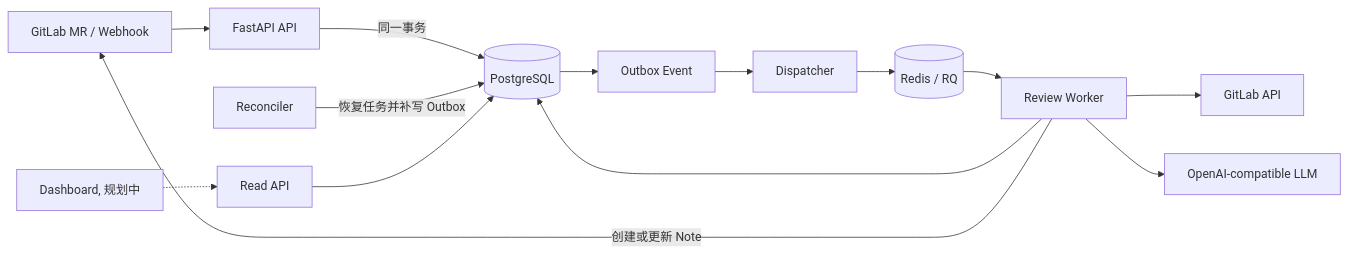
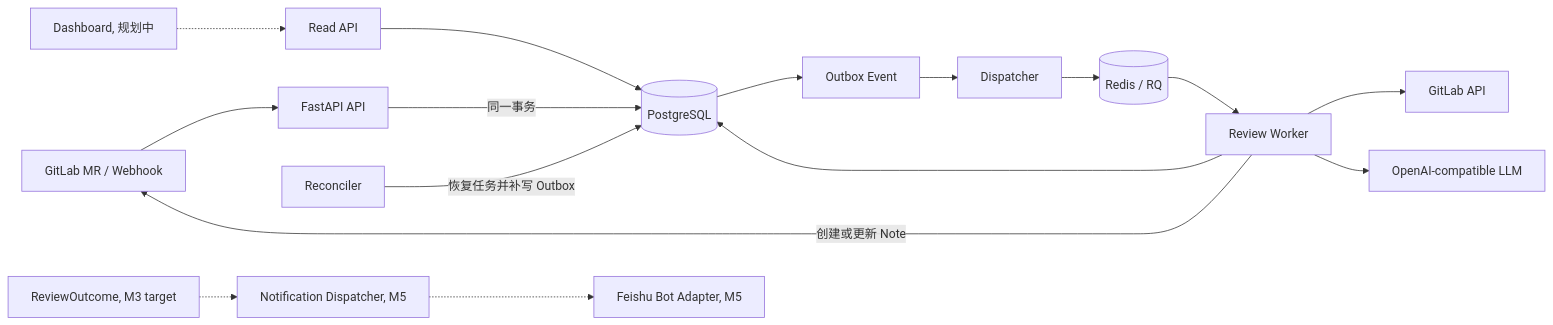
Before and after one commit to hzc19970630/ai-code-review: the first of 2 diagrams in mr-review-platform-design/MASTER_PLAN.md, drawn with Mermaid. The commit also changed other lines of this file and 19 other files, not shown here.

````diff
--- a/mr-review-platform-design/MASTER_PLAN.md
+++ b/mr-review-platform-design/MASTER_PLAN.md
@@ -87,16 +87,18 @@
 ```mermaid
 flowchart LR
     GitLab["GitLab MR / Webhook"] --> API["FastAPI API"]
     API -->|"同一事务"| PG[("PostgreSQL")]
     PG --> Outbox["Outbox Event"]
     Outbox --> Dispatcher["Dispatcher"]
     Dispatcher --> Redis[("Redis / RQ")]
     Redis --> Worker["Review Worker"]
     Worker --> GitLabAPI["GitLab API"]
     Worker --> LLM["OpenAI-compatible LLM"]
     Worker --> PG
     Worker -->|"创建或更新 Note"| GitLab
+    Outcome["ReviewOutcome, M3 target"] -.-> Notification["Notification Dispatcher, M5"]
+    Notification -.-> Feishu["Feishu Bot Adapter, M5"]
     Reconciler["Reconciler"] -->|"恢复任务并补写 Outbox"| PG
     ReadAPI["Read API"] --> PG
     Dashboard["Dashboard, 规划中"] -.-> ReadAPI
 ```
````
